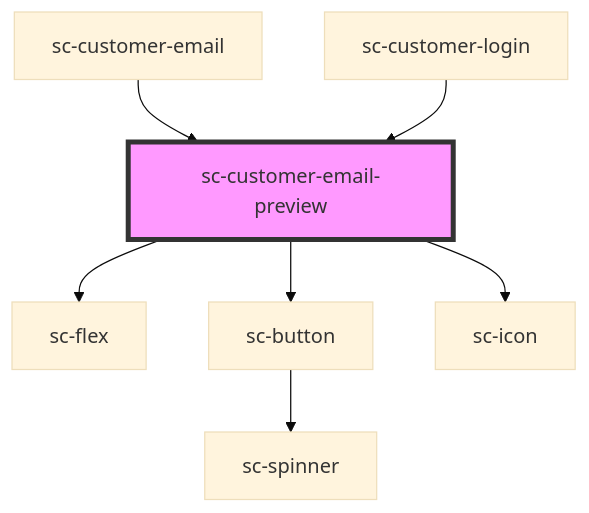
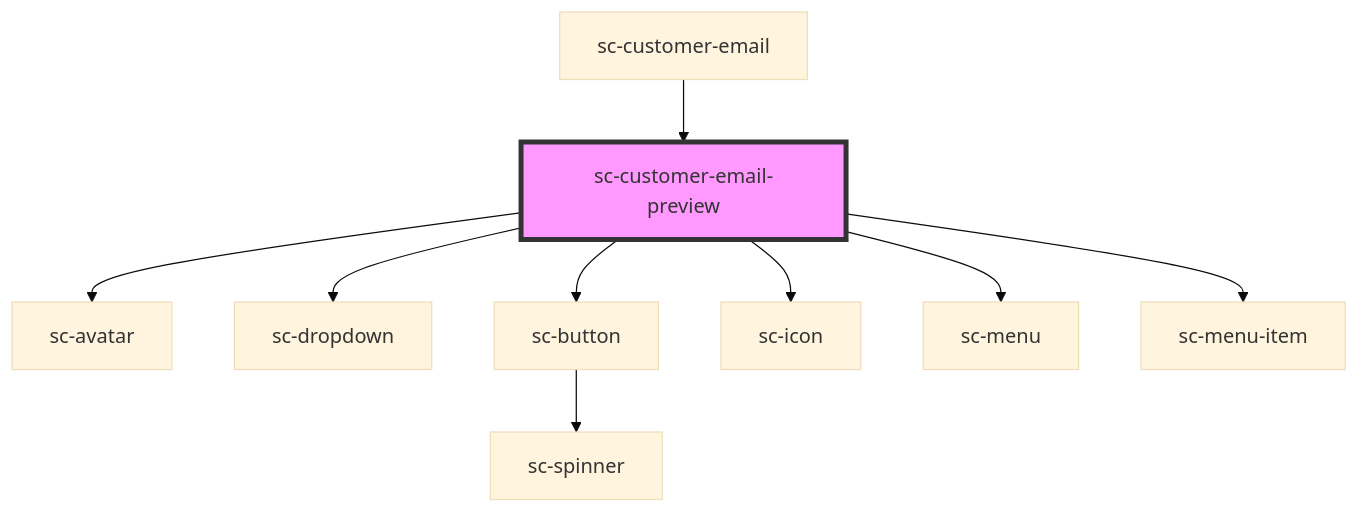
Before and after one commit to surecart/surecart-wp-plugin: the diagram in packages/components/src/components/controllers/checkout-form/customer-email-preview/readme.md, drawn with Mermaid (base theme). The commit also changed other lines of this file and 22 other files, not shown here.

````diff
--- a/packages/components/src/components/controllers/checkout-form/customer-email-preview/readme.md
+++ b/packages/components/src/components/controllers/checkout-form/customer-email-preview/readme.md
@@ -22,10 +24,12 @@
 ```mermaid
 graph TD;
-  sc-customer-email-preview --> sc-flex
+  sc-customer-email-preview --> sc-avatar
+  sc-customer-email-preview --> sc-dropdown
   sc-customer-email-preview --> sc-button
   sc-customer-email-preview --> sc-icon
+  sc-customer-email-preview --> sc-menu
+  sc-customer-email-preview --> sc-menu-item
   sc-button --> sc-spinner
   sc-customer-email --> sc-customer-email-preview
-  sc-customer-login --> sc-customer-email-preview
   style sc-customer-email-preview fill:#f9f,stroke:#333,stroke-width:4px
 ```
````
